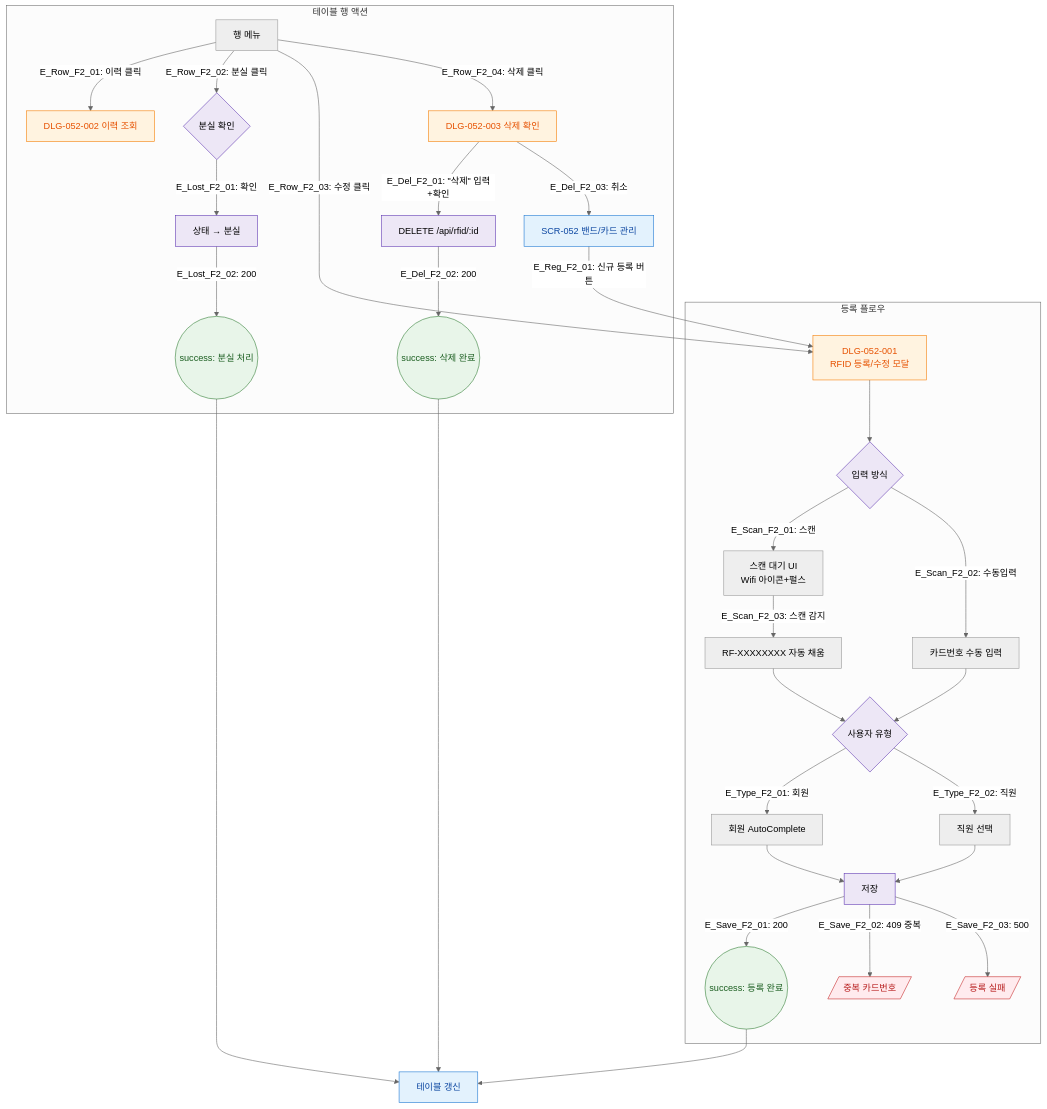
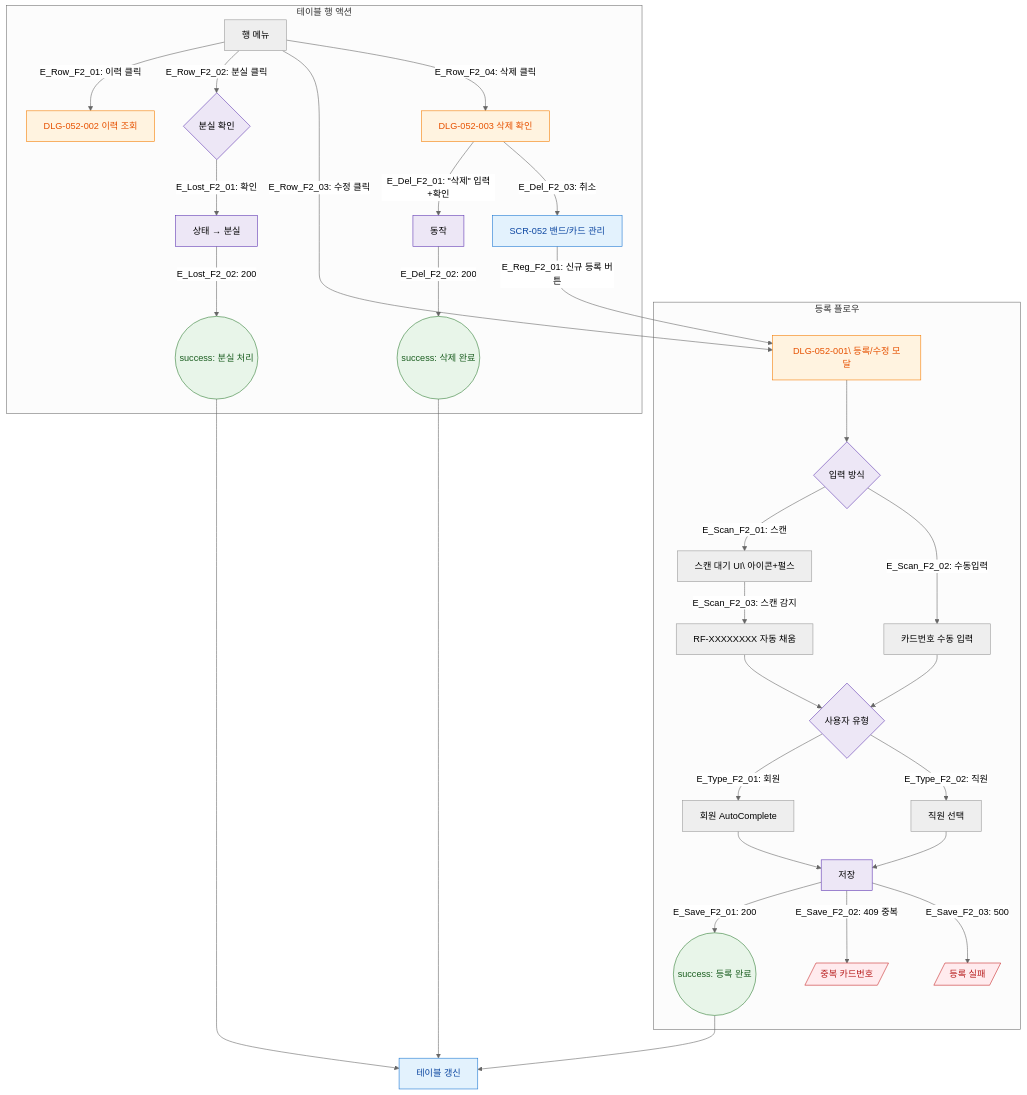
One commit to dev-spogym/admin-pando changed the diagram in docs/다이어그램/D06_시설관리/SCR-052_밴드카드관리/F2_메인.md. Above: the diagram before and after it, drawn with Mermaid (neutral theme). The commit also changed other lines of this file and 1660 other files, not shown here.

First line of the commit message:
다이어그램: 기획자/클라이언트 납품본으로 정리

````diff
--- a/docs/다이어그램/D06_시설관리/SCR-052_밴드카드관리/F2_메인.md
+++ b/docs/다이어그램/D06_시설관리/SCR-052_밴드카드관리/F2_메인.md
@@ -22,50 +20,50 @@
 ```mermaid
 flowchart TD
     SCR052[SCR-052 밴드/카드 관리]
 
-    SCR052 -->|"E_Reg_F2_01: 신규 등록 버튼"| DLG001[DLG-052-001\nRFID 등록/수정 모달]
+    SCR052 -->|"E_Reg_F2_01: 신규 등록 버튼"|DLG001[DLG-052-001\ 등록/수정 모달]
 
     subgraph RegFlow["등록 플로우"]
         DLG001 --> ScanMode{입력 방식}
-        ScanMode -->|"E_Scan_F2_01: 스캔"| ScanWait[스캔 대기 UI\nWifi 아이콘+펄스]
-        ScanMode -->|"E_Scan_F2_02: 수동입력"| ManualInput[카드번호 수동 입력]
-        ScanWait -->|"E_Scan_F2_03: 스캔 감지"| AutoFill[RF-XXXXXXXX 자동 채움]
+        ScanMode -->|"E_Scan_F2_01: 스캔"|ScanWait[스캔 대기 UI\ 아이콘+펄스]
+        ScanMode -->|"E_Scan_F2_02: 수동입력"|ManualInput[카드번호 수동 입력]
+        ScanWait -->|"E_Scan_F2_03: 스캔 감지"|AutoFill[RF-XXXXXXXX 자동 채움]
         AutoFill --> UserType{사용자 유형}
         ManualInput --> UserType
-        UserType -->|"E_Type_F2_01: 회원"| MemberSearch[회원 AutoComplete]
-        UserType -->|"E_Type_F2_02: 직원"| StaffSearch[직원 선택]
+        UserType -->|"E_Type_F2_01: 회원"|MemberSearch[회원 AutoComplete]
+        UserType -->|"E_Type_F2_02: 직원"|StaffSearch[직원 선택]
         MemberSearch --> SaveReg[저장]
         StaffSearch --> SaveReg
-        SaveReg -->|"E_Save_F2_01: 200"| ToastReg((success: 등록 완료))
-        SaveReg -->|"E_Save_F2_02: 409 중복"| ErrDup[/중복 카드번호/]
-        SaveReg -->|"E_Save_F2_03: 500"| ErrServer[/등록 실패/]
+        SaveReg -->|"E_Save_F2_01: 200"|ToastReg((success: 등록 완료))
+        SaveReg -->|"E_Save_F2_02: 409 중복"|ErrDup[/중복 카드번호/]
+        SaveReg -->|"E_Save_F2_03: 500"|ErrServer[/등록 실패/]
     end
 
     subgraph TableActions["테이블 행 액션"]
-        RowMenu[행 메뉴] -->|"E_Row_F2_01: 이력 클릭"| DLG002[DLG-052-002 이력 조회]
-        RowMenu -->|"E_Row_F2_02: 분실 클릭"| LostConfirm{분실 확인}
-        LostConfirm -->|"E_Lost_F2_01: 확인"| LostAPI[상태 → 분실]
-        LostAPI -->|"E_Lost_F2_02: 200"| ToastLost((success: 분실 처리))
-        RowMenu -->|"E_Row_F2_03: 수정 클릭"| DLG001
-        RowMenu -->|"E_Row_F2_04: 삭제 클릭"| DLG003[DLG-052-003 삭제 확인]
-        DLG003 -->|"E_Del_F2_01: &quot;삭제&quot; 입력+확인"| DelAPI[DELETE /api/rfid/:id]
-        DelAPI -->|"E_Del_F2_02: 200"| ToastDel((success: 삭제 완료))
-        DLG003 -->|"E_Del_F2_03: 취소"| SCR052
+        RowMenu[행 메뉴] -->|"E_Row_F2_01: 이력 클릭"|DLG002[DLG-052-002 이력 조회]
+        RowMenu -->|"E_Row_F2_02: 분실 클릭"|LostConfirm{분실 확인}
+        LostConfirm -->|"E_Lost_F2_01: 확인"|LostAPI[상태 → 분실]
+        LostAPI -->|"E_Lost_F2_02: 200"|ToastLost((success: 분실 처리))
+        RowMenu -->|"E_Row_F2_03: 수정 클릭"|DLG001
+        RowMenu -->|"E_Row_F2_04: 삭제 클릭"|DLG003[DLG-052-003 삭제 확인]
+        DLG003 -->|"E_Del_F2_01: &quot;삭제&quot; 입력+확인"|DelAPI[동작]
+        DelAPI -->|"E_Del_F2_02: 200"|ToastDel((success: 삭제 완료))
+        DLG003 -->|"E_Del_F2_03: 취소"|SCR052
     end
 
     ToastReg --> TableRefresh[테이블 갱신]
     ToastLost --> TableRefresh
     ToastDel --> TableRefresh
 
     classDef screen fill:#E3F2FD,stroke:#1976D2,color:#0D47A1
     classDef modal fill:#FFF3E0,stroke:#F57C00,color:#E65100
     classDef success fill:#E8F5E9,stroke:#2E7D32,color:#1B5E20
     classDef error fill:#FFEBEE,stroke:#C62828,color:#B71C1C
     classDef system fill:#EDE7F6,stroke:#5E35B2
 
     class SCR052,TableRefresh screen
     class DLG001,DLG002,DLG003 modal
     class ToastReg,ToastLost,ToastDel success
     class ErrDup,ErrServer error
     class ScanMode,UserType,LostConfirm,SaveReg,LostAPI,DelAPI system
 ```
````
